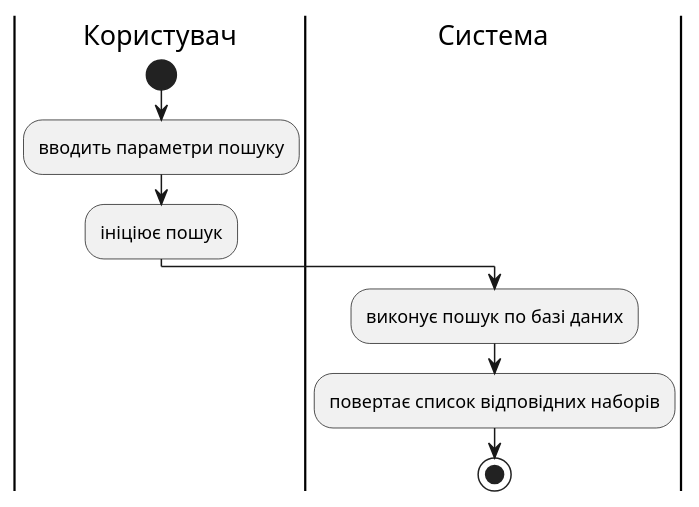
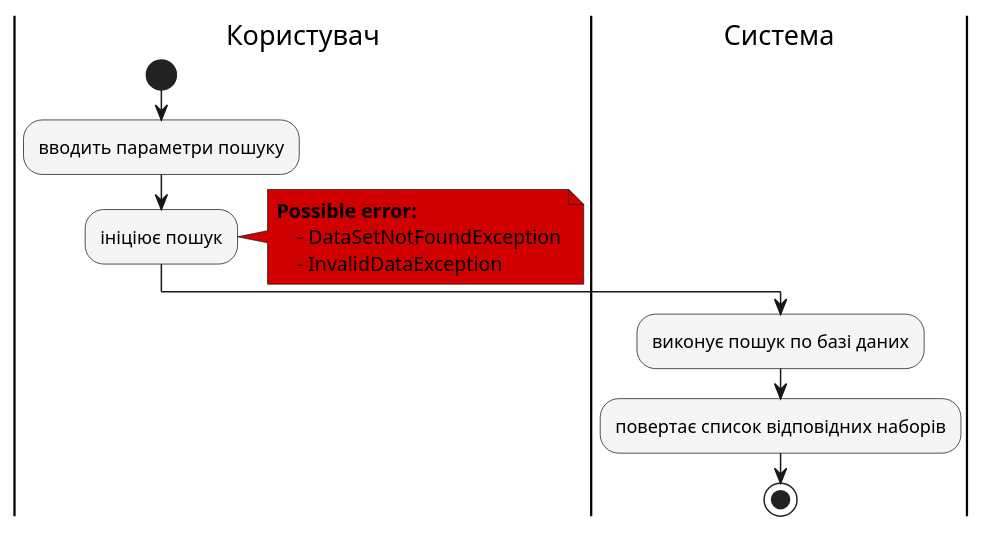
The fifth of 9 diagrams in docs/use cases/README.md (amaibun/edu_db_labs), drawn with PlantUML before and after one commit. The commit also changed other lines of this file, not shown here.

Commit message:
refactor: add diagram style refactor: delete unused scenarios

```diff
--- a/docs/use cases/README.md
+++ b/docs/use cases/README.md
@@ -389,11 +404,18 @@
 @startuml
+skinparam ActivityBackgroundColor #f5f5f5
 |Користувач|
 start
 :вводить параметри пошуку;
 :ініціює пошук;
+
+note right #d10000
+<b>Possible error:
+    - DataSetNotFoundException
+    - InvalidDataException
+end note
 
 |Система|
 :виконує пошук по базі даних;
 :повертає список відповідних наборів;
 stop
 @enduml
```
